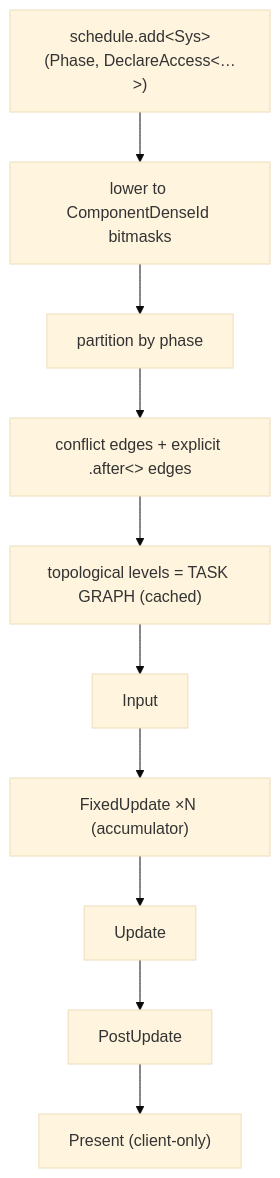
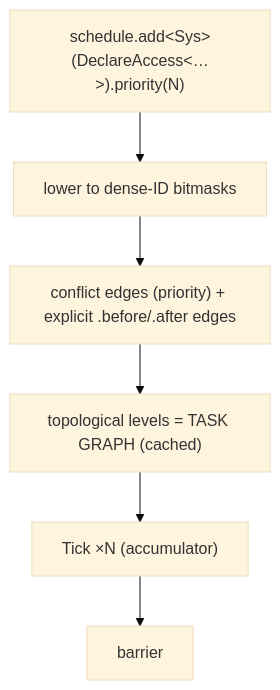
One commit to techattackteam/TechEngine-vault changed the diagram in 04 Design Docs/Systems/Task Graph — Execution Flow.md. Above: the diagram before and after it, drawn with Mermaid (base theme). The commit also changed other lines of this file and 4 other files, not shown here.

First line of the commit message:
S6-D2: ADR-020 system scheduling and task-graph execution

````diff
--- a/04 Design Docs/Systems/Task Graph — Execution Flow.md
+++ b/04 Design Docs/Systems/Task Graph — Execution Flow.md
@@ -66,12 +71,8 @@
 ```mermaid
 flowchart TD
-  A["schedule.add&lt;Sys&gt;(Phase, DeclareAccess&lt;…&gt;)"] --> B["lower to ComponentDenseId bitmasks"]
-  B --> C["partition by phase"]
-  C --> D["conflict edges + explicit .after&lt;&gt; edges"]
-  D --> E["topological levels = TASK GRAPH (cached)"]
-  E --> F["Input"]
-  F --> G["FixedUpdate ×N (accumulator)"]
-  G --> H["Update"]
-  H --> I["PostUpdate"]
-  I --> J["Present (client-only)"]
+  A["schedule.add&lt;Sys&gt;(DeclareAccess&lt;…&gt;).priority(N)"] --> B["lower to dense-ID bitmasks"]
+  B --> C["conflict edges (priority) + explicit .before/.after edges"]
+  C --> D["topological levels = TASK GRAPH (cached)"]
+  D --> E["Tick ×N (accumulator)"]
+  E --> F["barrier"]
 ```
````
